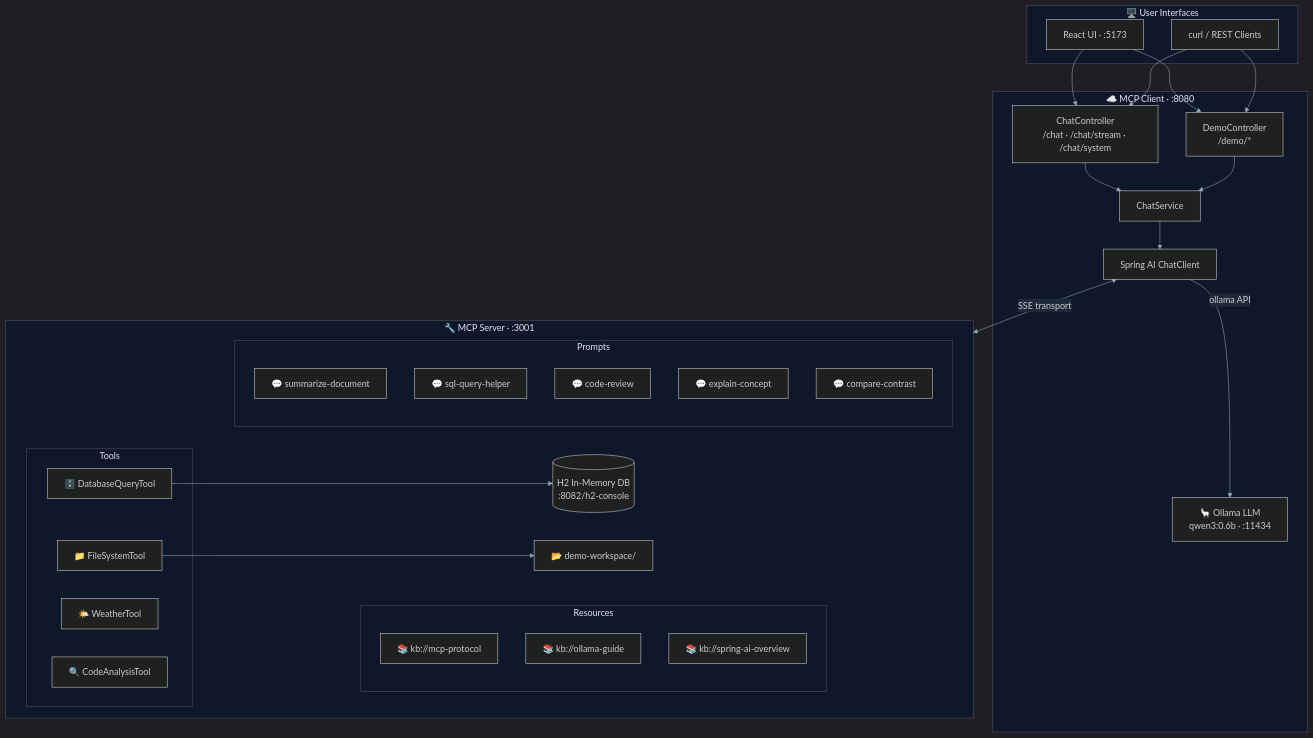
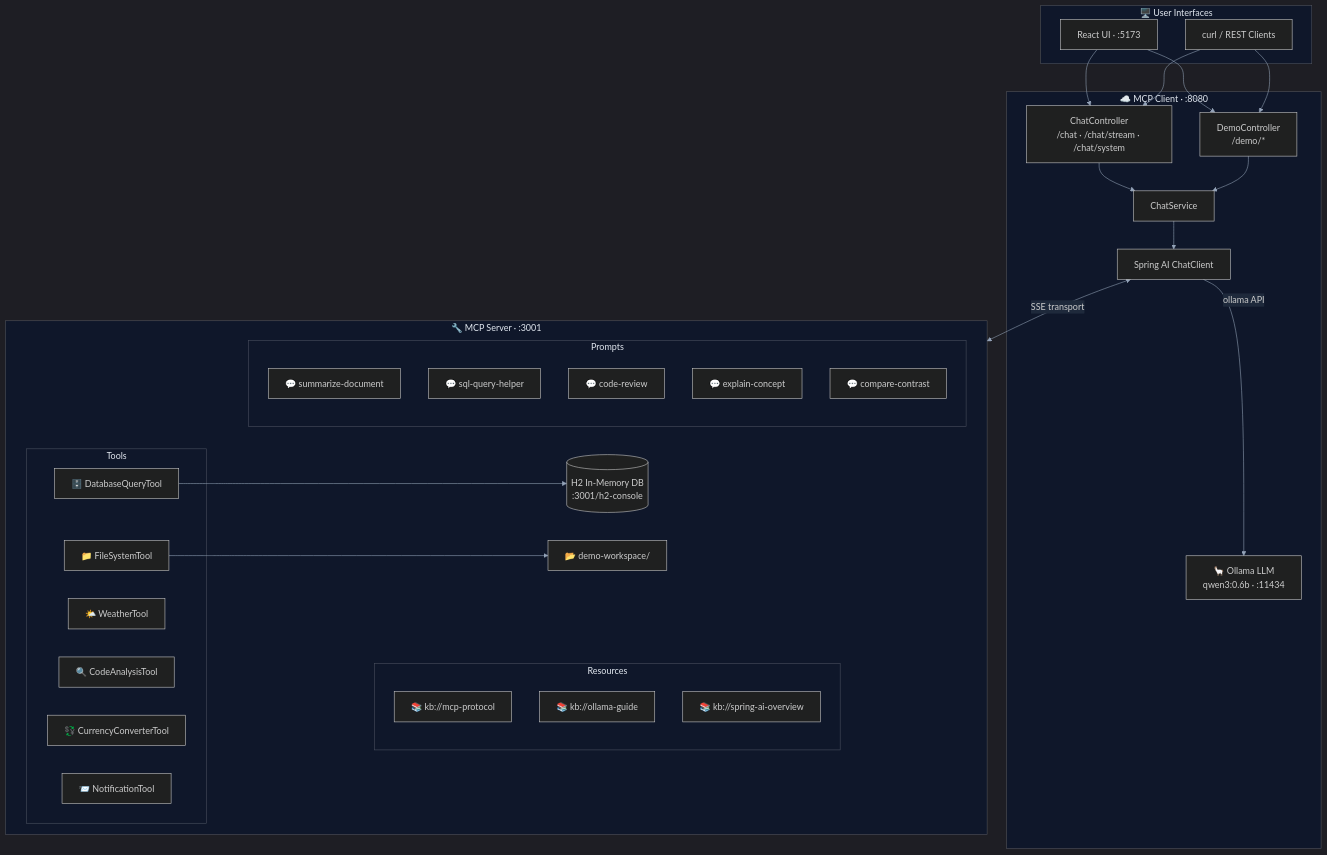
Before and after one commit to gdunhao/mcp-spring-ai: the first of 2 diagrams in README.md, drawn with Mermaid. The commit also changed other lines of this file and 10 other files, not shown here.

````diff
--- a/README.md
+++ b/README.md
@@ -39,46 +55,48 @@
 ```mermaid
-%%{init: { "theme": "dark", "themeVariables": { "primaryColor": "#1e293b", "primaryTextColor": "#e2e8f0", "primaryBorderColor": "#475569", "lineColor": "#94a3b8", "secondaryColor": "#0f172a", "tertiaryColor": "#1e293b", "clusterBkg": "#0f172a", "titleColor": "#e2e8f0", "edgeLabelBackground": "#1e293b" } } }%%
+%%{init: {"theme": "dark", "themeVariables": {"primaryColor": "#1e293b", "primaryTextColor": "#e2e8f0", "primaryBorderColor": "#475569", "lineColor": "#94a3b8", "secondaryColor": "#0f172a", "tertiaryColor": "#1e293b", "clusterBkg": "#0f172a", "titleColor": "#e2e8f0", "edgeLabelBackground": "#1e293b"}}}%%
 graph TB
     subgraph UI["🖥️ User Interfaces"]
         A["React UI · :5173"]
         B["curl / REST Clients"]
     end
 
     subgraph CLIENT["☁️ MCP Client · :8080"]
         C["ChatController\n/chat · /chat/stream · /chat/system"]
         D["DemoController\n/demo/*"]
         E["ChatService"]
         F["Spring AI ChatClient"]
         G["🦙 Ollama LLM\nqwen3:0.6b · :11434"]
     end
 
     subgraph SERVER["🔧 MCP Server · :3001"]
         subgraph TOOLS["Tools"]
             T1["📁 FileSystemTool"]
             T2["🗄️ DatabaseQueryTool"]
             T3["🌤️ WeatherTool"]
             T4["🔍 CodeAnalysisTool"]
+            T5["💱 CurrencyConverterTool"]
+            T6["📨 NotificationTool"]
         end
         subgraph RESOURCES["Resources"]
             R1["📚 kb://mcp-protocol"]
             R2["📚 kb://ollama-guide"]
             R3["📚 kb://spring-ai-overview"]
         end
         subgraph PROMPTS["Prompts"]
             P1["💬 summarize-document"]
             P2["💬 sql-query-helper"]
             P3["💬 code-review"]
             P4["💬 explain-concept"]
             P5["💬 compare-contrast"]
         end
-        DB[("H2 In-Memory DB\n:8082/h2-console")]
+        DB[("H2 In-Memory DB\n:3001/h2-console")]
         WS["📂 demo-workspace/"]
     end
 
     A & B --> C & D
     C & D --> E --> F
     F -->|"ollama API"| G
     F <-->|"SSE transport"| SERVER
     T2 --> DB
     T1 --> WS
 ```
````
